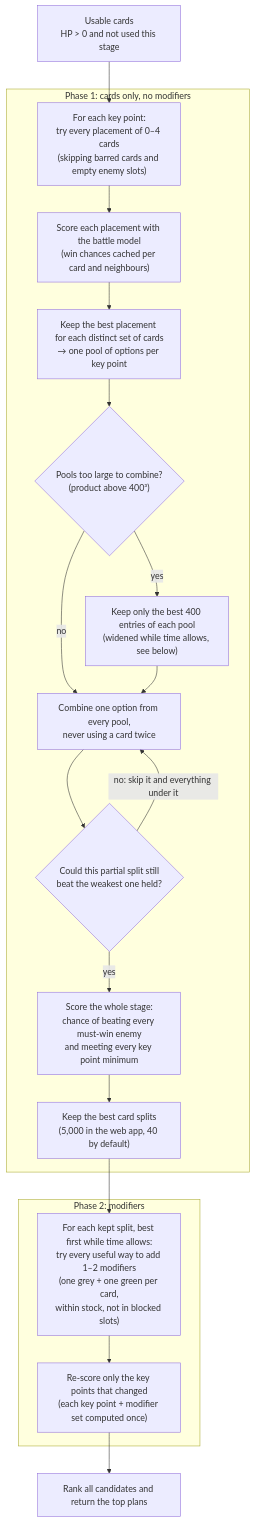
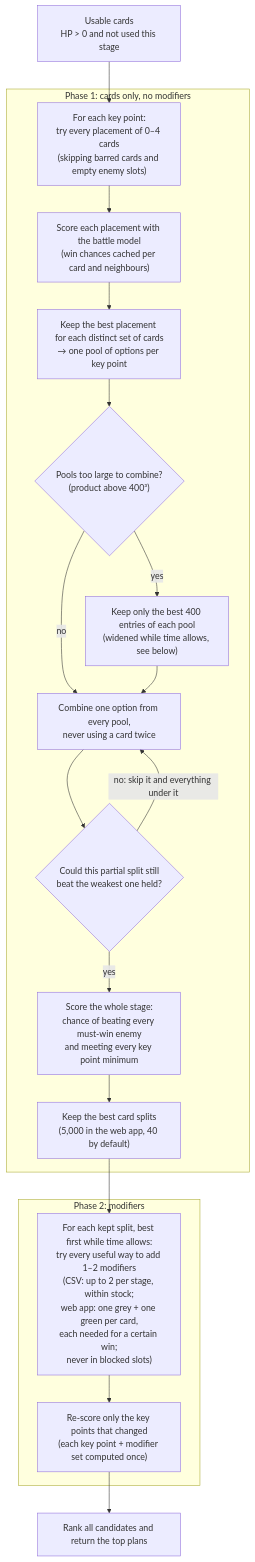
The second of 3 diagrams in docs/SOLVER.md (zobayer1/wowscardsolver), drawn with Mermaid before and after one commit. The commit also changed other lines of this file and 18 other files, not shown here.

First line of the commit message:
Stop counting modifiers; use them per card only where they make battles certain

````diff
--- a/docs/SOLVER.md
+++ b/docs/SOLVER.md
@@ -34,27 +34,27 @@
 ```mermaid
 flowchart TD
     A["Usable cards<br/>HP > 0 and not used this stage"] --> B
 
     subgraph P1 ["Phase 1: cards only, no modifiers"]
         B["For each key point:<br/>try every placement of 0–4 cards<br/>(skipping barred cards and empty enemy slots)"]
         B --> C["Score each placement with the battle model<br/>(win chances cached per card and neighbours)"]
         C --> D["Keep the best placement for each distinct set of cards<br/>→ one pool of options per key point"]
         D --> T{"Pools too large to combine?<br/>(product above 400³)"}
         T -- yes --> T2["Keep only the best 400 entries of each pool<br/>(widened while time allows, see below)"]
         T -- no --> X
         T2 --> X["Combine one option from every pool,<br/>never using a card twice"]
         X --> BB{"Could this partial split still<br/>beat the weakest one held?"}
         BB -- "no: skip it and everything under it" --> X
         BB -- yes --> Y["Score the whole stage:<br/>chance of beating every must-win enemy<br/>and meeting every key point minimum"]
         Y --> Z["Keep the best card splits<br/>(5,000 in the web app, 40 by default)"]
     end
 
     Z --> M1
 
     subgraph P2 ["Phase 2: modifiers"]
-        M1["For each kept split, best first while time allows:<br/>try every useful way to add 1–2 modifiers<br/>(one grey + one green per card,<br/>within stock, not in blocked slots)"]
+        M1["For each kept split, best first while time allows:<br/>try every useful way to add 1–2 modifiers<br/>(CSV: up to 2 per stage, within stock;<br/>web app: one grey + one green per card,<br/>each needed for a certain win;<br/>never in blocked slots)"]
         M1 --> M2["Re-score only the key points that changed<br/>(each key point + modifier set computed once)"]
     end
 
     M2 --> O["Rank all candidates and return the top plans"]
 ```
````
